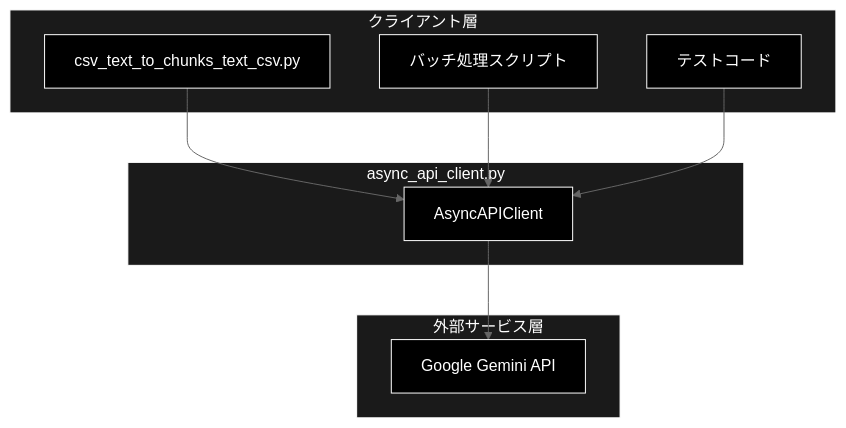
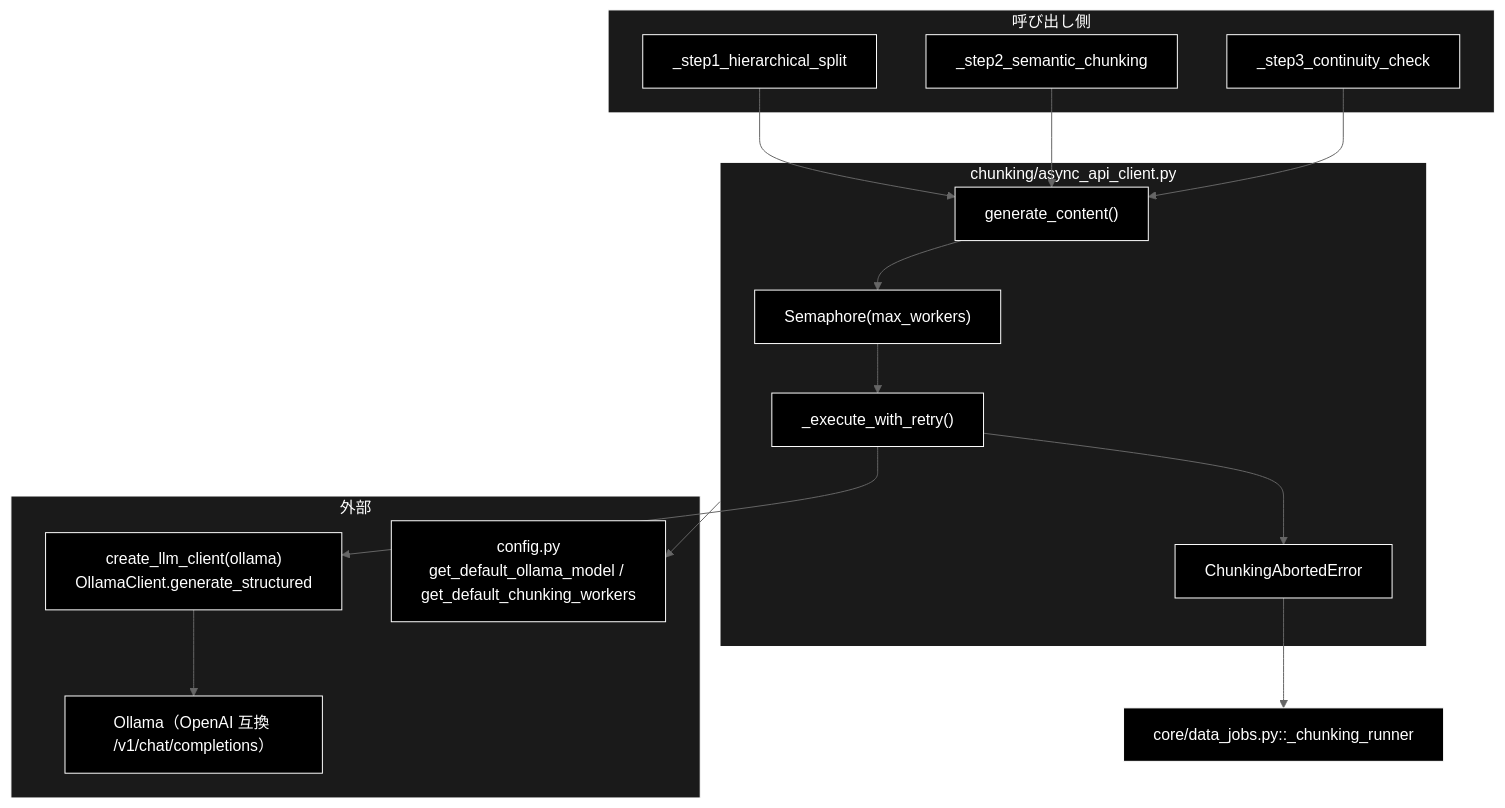
The first of 3 diagrams in chunking/docs/async_api_client.md (nakashima2toshio/grace_v2_local), drawn with Mermaid (neutral theme) before and after one commit. The commit also changed other lines of this file and 22 other files, not shown here.

````diff
--- a/chunking/docs/async_api_client.md
+++ b/chunking/docs/async_api_client.md
@@ -72,27 +72,40 @@
 ```mermaid
 flowchart TB
-    subgraph CLIENT["クライアント層"]
-        CHUNKER[csv_text_to_chunks_text_csv.py]
-        BATCH[バッチ処理スクリプト]
-        TEST[テストコード]
+    subgraph CALLER["呼び出し側"]
+        STEP1["_step1_hierarchical_split"]
+        STEP2["_step2_semantic_chunking"]
+        STEP3["_step3_continuity_check"]
     end
 
-    subgraph MODULE["async_api_client.py"]
-        ASYNC_CLIENT[AsyncAPIClient]
+    subgraph THIS["chunking/async_api_client.py"]
+        GEN["generate_content()"]
+        SEM["Semaphore(max_workers)"]
+        RETRY["_execute_with_retry()"]
+        ABORT["ChunkingAbortedError"]
     end
 
-    subgraph EXTERNAL["外部サービス層"]
-        GEMINI[Google Gemini API]
+    subgraph EXT["外部"]
+        LLM["create_llm_client(ollama)<br>OllamaClient.generate_structured"]
+        OLL["Ollama（OpenAI 互換 /v1/chat/completions）"]
+        CFG["config.py<br>get_default_ollama_model / get_default_chunking_workers"]
     end
 
-    CHUNKER --> ASYNC_CLIENT
-    BATCH --> ASYNC_CLIENT
-    TEST --> ASYNC_CLIENT
-    ASYNC_CLIENT --> GEMINI
+    RUNNER["core/data_jobs.py::_chunking_runner"]
+
+    STEP1 --> GEN
+    STEP2 --> GEN
+    STEP3 --> GEN
+    GEN --> SEM
+    SEM --> RETRY
+    RETRY --> LLM
+    LLM --> OLL
+    THIS --> CFG
+    RETRY --> ABORT
+    ABORT --> RUNNER
 classDef default fill:#000,stroke:#fff,color:#fff
 classDef subgraphStyle fill:#1a1a1a,stroke:#fff,color:#fff
-class CHUNKER,BATCH,TEST,ASYNC_CLIENT,GEMINI default
-style CLIENT fill:#1a1a1a,stroke:#fff,color:#fff
-style MODULE fill:#1a1a1a,stroke:#fff,color:#fff
-style EXTERNAL fill:#1a1a1a,stroke:#fff,color:#fff
+class STEP1,STEP2,STEP3,GEN,SEM,RETRY,ABORT,LLM,OLL,CFG,RUNNER default
+style CALLER fill:#1a1a1a,stroke:#fff,color:#fff
+style THIS fill:#1a1a1a,stroke:#fff,color:#fff
+style EXT fill:#1a1a1a,stroke:#fff,color:#fff
 ```
````
